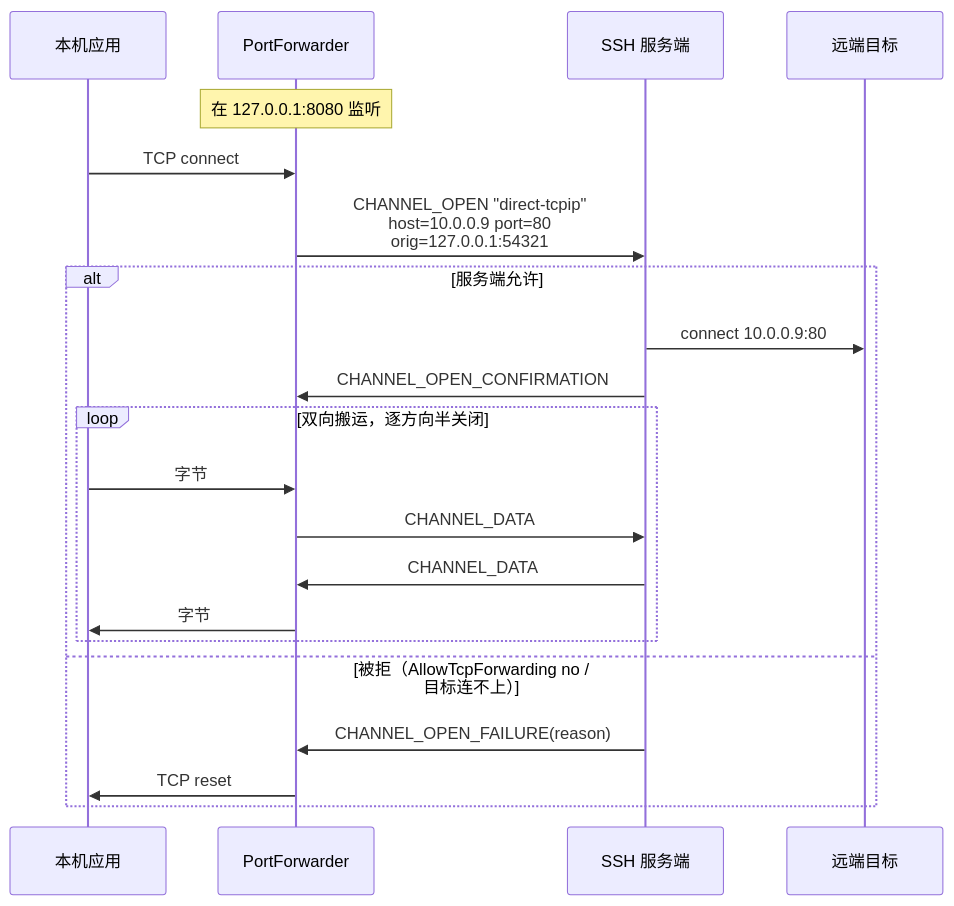
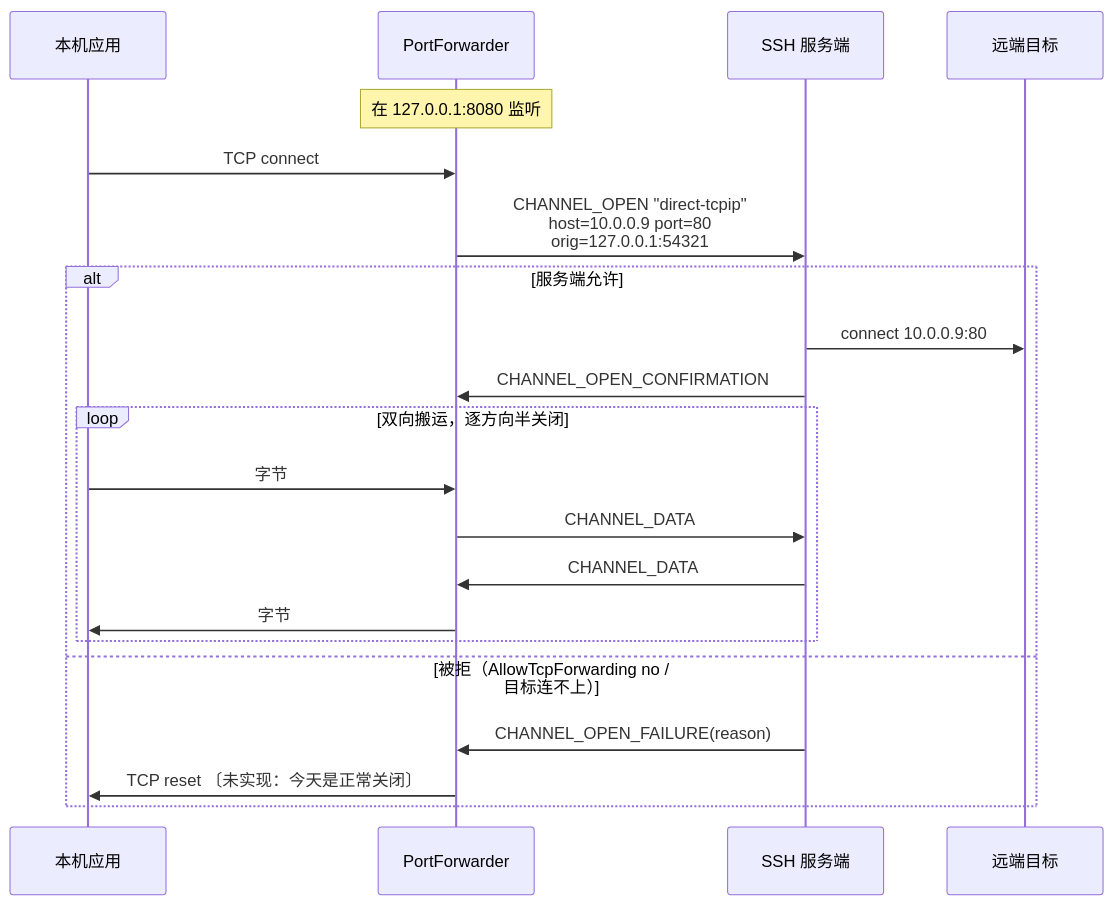
The first of 2 diagrams in zh/ssh/spec/07-forwarding.md (VelaShellLabs/velashell-docs), drawn with Mermaid before and after one commit. The commit also changed other lines of this file and 19 other files, not shown here.

````diff
--- a/zh/ssh/spec/07-forwarding.md
+++ b/zh/ssh/spec/07-forwarding.md
@@ -28,24 +28,24 @@
 ```mermaid
 sequenceDiagram
     participant App as 本机应用
     participant F as PortForwarder
     participant S as SSH 服务端
     participant T as 远端目标
 
     Note over F: 在 127.0.0.1:8080 监听
     App->>F: TCP connect
     F->>S: CHANNEL_OPEN "direct-tcpip"<br/>host=10.0.0.9 port=80<br/>orig=127.0.0.1:54321
     alt 服务端允许
         S->>T: connect 10.0.0.9:80
         S->>F: CHANNEL_OPEN_CONFIRMATION
         loop 双向搬运，逐方向半关闭
             App->>F: 字节
             F->>S: CHANNEL_DATA
             S->>F: CHANNEL_DATA
             F->>App: 字节
         end
     else 被拒（AllowTcpForwarding no / 目标连不上）
         S->>F: CHANNEL_OPEN_FAILURE(reason)
-        F->>App: TCP reset
+        F->>App: TCP reset 〔未实现：今天是正常关闭〕
     end
 ```
````
